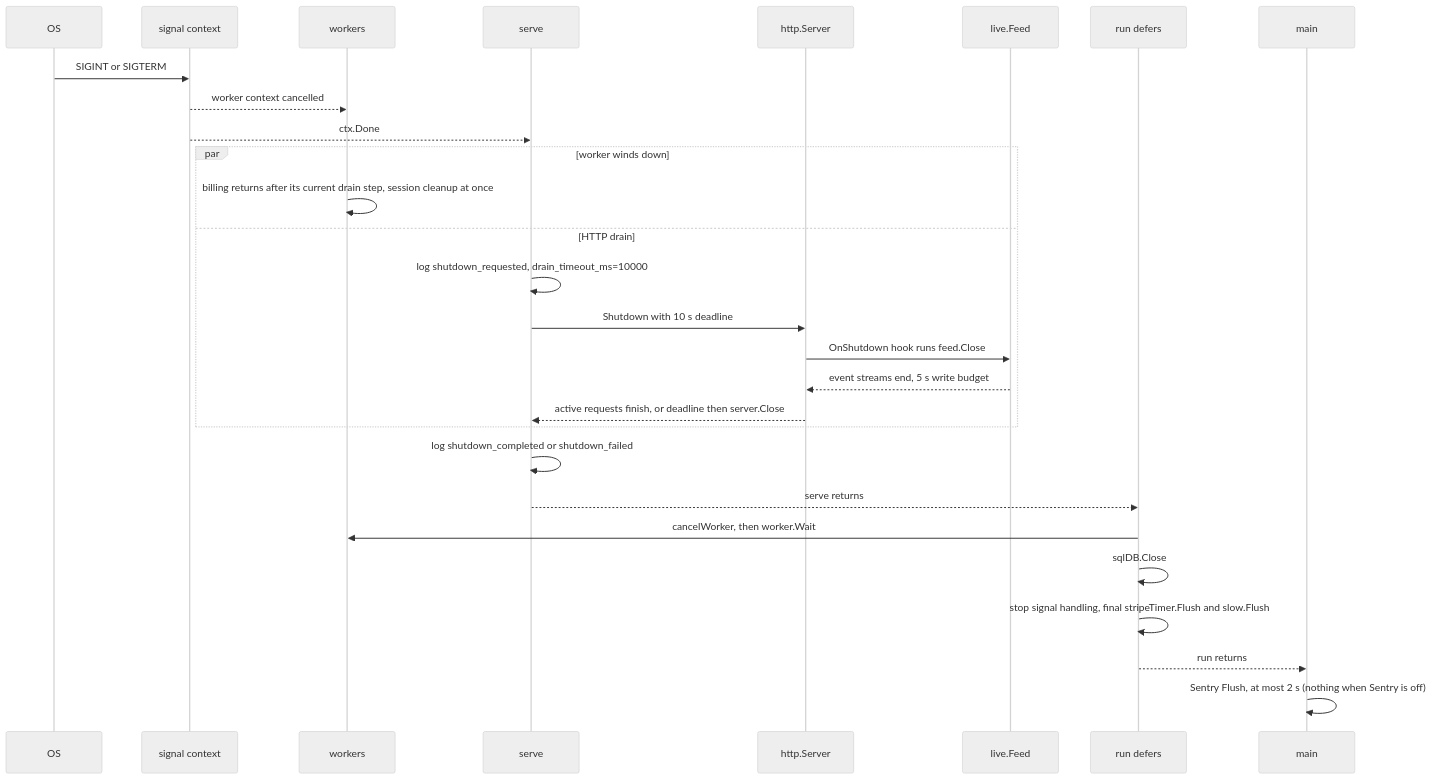
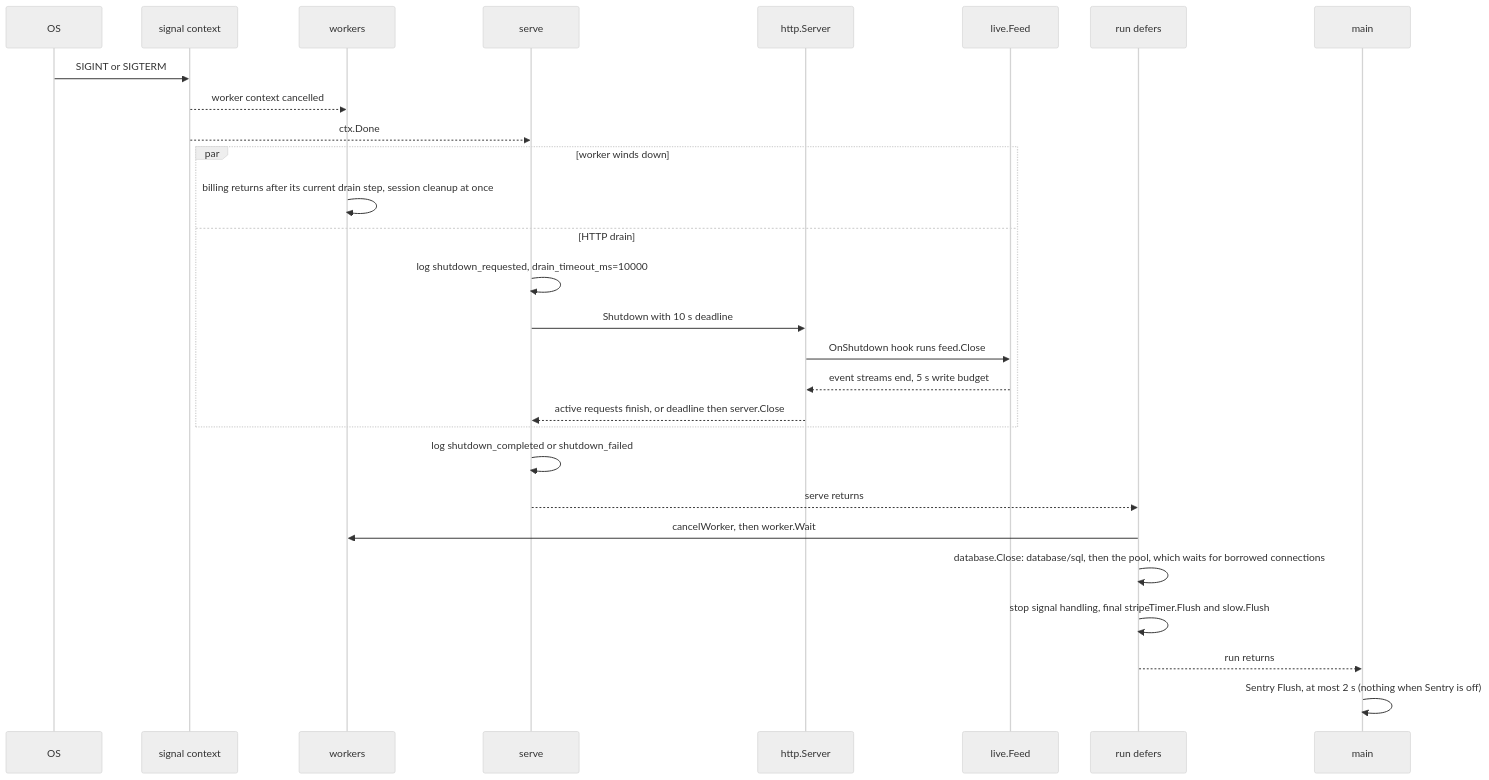
One commit to devGabriel131/ProjectHermes changed the second of 2 diagrams in docs/operations/startup-shutdown.md. Above: the diagram before and after it, drawn with Mermaid (neutral theme). The commit also changed other lines of this file and 12 other files, not shown here.

````diff
--- a/docs/operations/startup-shutdown.md
+++ b/docs/operations/startup-shutdown.md
@@ -102,31 +100,31 @@
 ```mermaid
 sequenceDiagram
   participant OS
   participant Sig as signal context
   participant W as workers
   participant S as serve
   participant H as http.Server
   participant F as live.Feed
   participant D as run defers
   participant M as main
 
   OS->>Sig: SIGINT or SIGTERM
   Sig-->>W: worker context cancelled
   Sig-->>S: ctx.Done
   par worker winds down
     W->>W: billing returns after its current drain step, session cleanup at once
   and HTTP drain
     S->>S: log shutdown_requested, drain_timeout_ms=10000
     S->>H: Shutdown with 10 s deadline
     H->>F: OnShutdown hook runs feed.Close
     F-->>H: event streams end, 5 s write budget
     H-->>S: active requests finish, or deadline then server.Close
   end
   S->>S: log shutdown_completed or shutdown_failed
   S-->>D: serve returns
   D->>W: cancelWorker, then worker.Wait
-  D->>D: sqlDB.Close
+  D->>D: database.Close: database/sql, then the pool, which waits for borrowed connections
   D->>D: stop signal handling, final stripeTimer.Flush and slow.Flush
   D-->>M: run returns
   M->>M: Sentry Flush, at most 2 s (nothing when Sentry is off)
 ```
````
